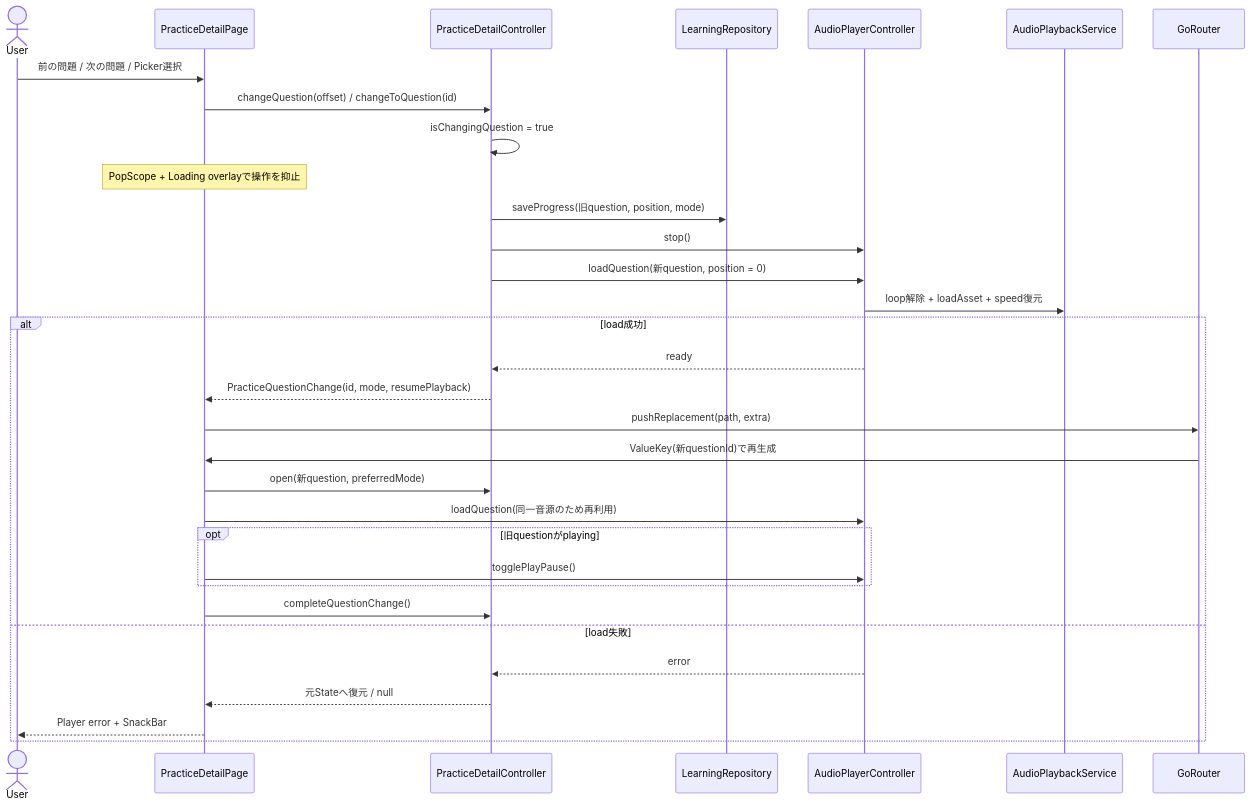
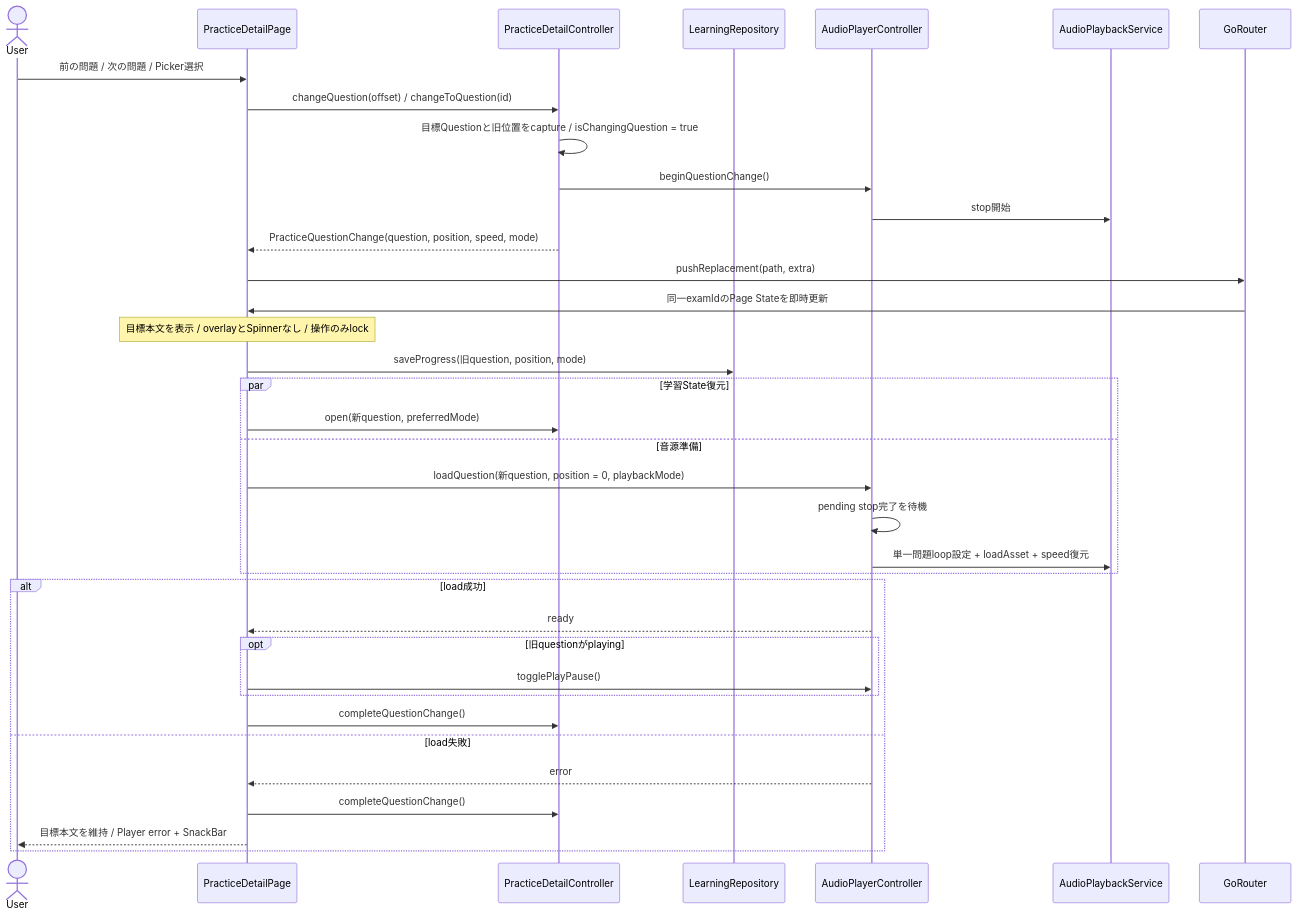
Before and after one commit to zhanghangcode/my_flutter: the tenth of 11 diagrams in docs/APP_TECHNICAL_DESIGN.md, drawn with Mermaid. The commit also changed other lines of this file and 14 other files, not shown here.

Commit message:
Add question playback modes and enhance audio player functionality

````diff
--- a/docs/APP_TECHNICAL_DESIGN.md
+++ b/docs/APP_TECHNICAL_DESIGN.md
@@ -831,34 +833,38 @@
 ```mermaid
 sequenceDiagram
     actor User
     participant Page as PracticeDetailPage
     participant Detail as PracticeDetailController
     participant Learning as LearningRepository
     participant Audio as AudioPlayerController
     participant Service as AudioPlaybackService
     participant Router as GoRouter
     User->>Page: 前の問題 / 次の問題 / Picker選択
     Page->>Detail: changeQuestion(offset) / changeToQuestion(id)
-    Detail->>Detail: isChangingQuestion = true
-    Note over Page: PopScope + Loading overlayで操作を抑止
-    Detail->>Learning: saveProgress(旧question, position, mode)
-    Detail->>Audio: stop()
-    Detail->>Audio: loadQuestion(新question, position = 0)
-    Audio->>Service: loop解除 + loadAsset + speed復元
+    Detail->>Detail: 目標Questionと旧位置をcapture / isChangingQuestion = true
+    Detail->>Audio: beginQuestionChange()
+    Audio->>Service: stop開始
+    Detail-->>Page: PracticeQuestionChange(question, position, speed, mode)
+    Page->>Router: pushReplacement(path, extra)
+    Router->>Page: 同一examIdのPage Stateを即時更新
+    Note over Page: 目標本文を表示 / overlayとSpinnerなし / 操作のみlock
+    Page->>Learning: saveProgress(旧question, position, mode)
+    par 学習State復元
+        Page->>Detail: open(新question, preferredMode)
+    and 音源準備
+        Page->>Audio: loadQuestion(新question, position = 0, playbackMode)
+        Audio->>Audio: pending stop完了を待機
+        Audio->>Service: 単一問題loop設定 + loadAsset + speed復元
+    end
     alt load成功
-        Audio-->>Detail: ready
-        Detail-->>Page: PracticeQuestionChange(id, mode, resumePlayback)
-        Page->>Router: pushReplacement(path, extra)
-        Router->>Page: ValueKey(新questionId)で再生成
-        Page->>Detail: open(新question, preferredMode)
-        Page->>Audio: loadQuestion(同一音源のため再利用)
+        Audio-->>Page: ready
         opt 旧questionがplaying
             Page->>Audio: togglePlayPause()
         end
         Page->>Detail: completeQuestionChange()
     else load失敗
-        Audio-->>Detail: error
-        Detail-->>Page: 元Stateへ復元 / null
-        Page-->>User: Player error + SnackBar
+        Audio-->>Page: error
+        Page->>Detail: completeQuestionChange()
+        Page-->>User: 目標本文を維持 / Player error + SnackBar
     end
 ```
````
